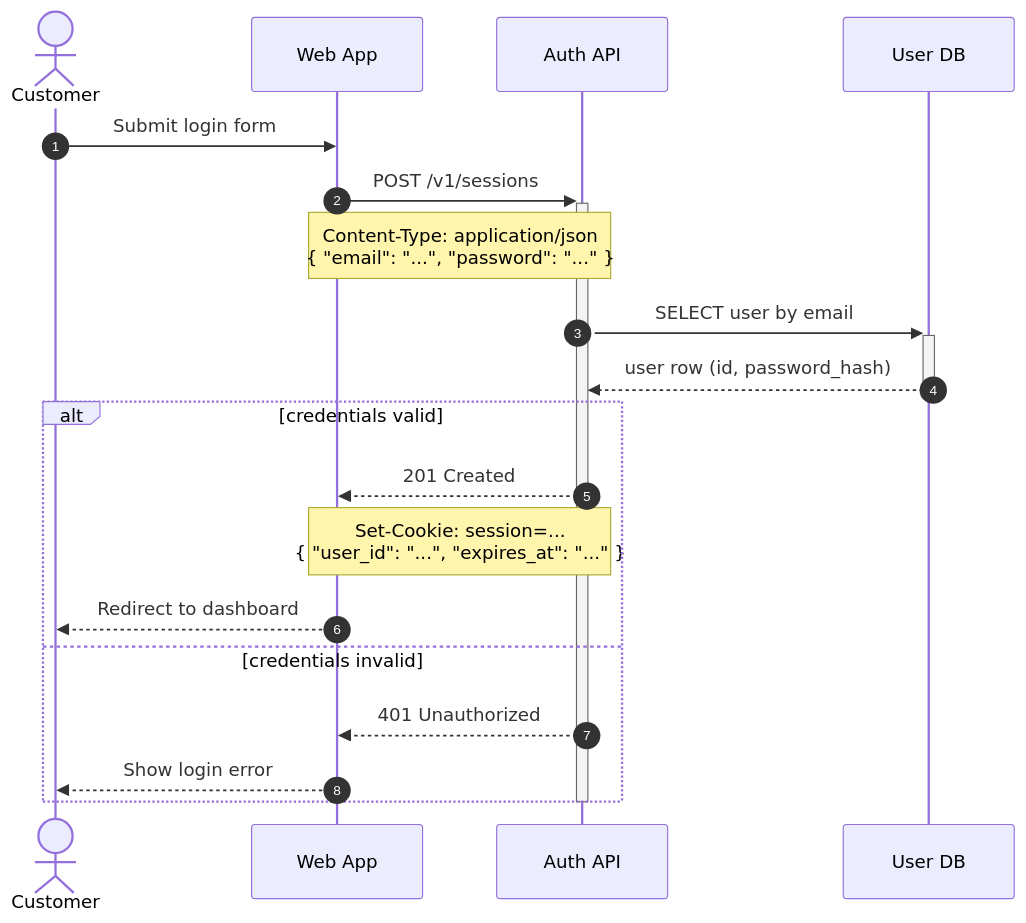
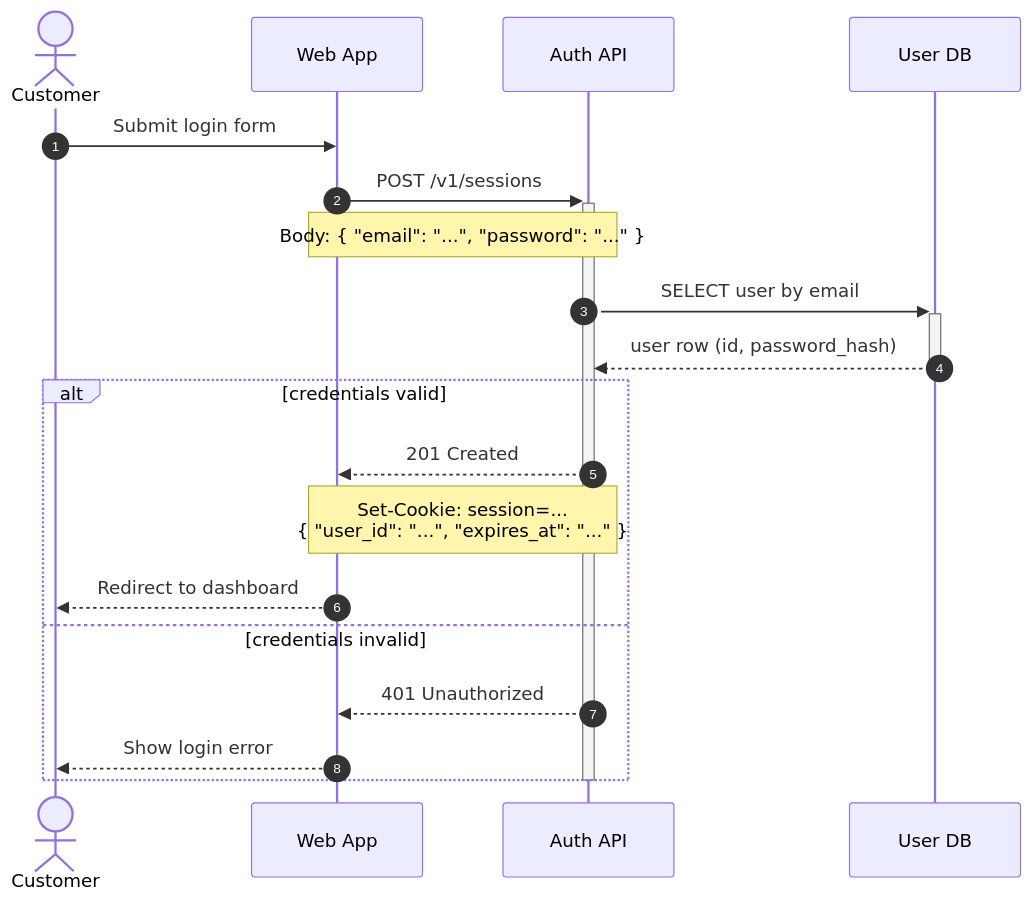
The diagram in mermaid-sequence/skills/mermaid-sequence/SKILL.md (cassiobotaro/skills), drawn with Mermaid before and after one commit. The commit also changed other lines of this file and 2 other files, not shown here.

First line of the commit message:
mermaid-sequence 1.1.3: mermaid.live is remote too; stop teaching Content-Type

````diff
--- a/mermaid-sequence/skills/mermaid-sequence/SKILL.md
+++ b/mermaid-sequence/skills/mermaid-sequence/SKILL.md
@@ -133,23 +133,23 @@
 ```mermaid
 sequenceDiagram
     autonumber
     actor U as Customer
     participant W as Web App
     participant A as Auth API
     participant D as User DB
 
     U->>W: Submit login form
     W->>+A: POST /v1/sessions
-    Note over W,A: Content-Type: application/json<br/>{ "email": "...", "password": "..." }
+    Note over W,A: Body: { "email": "...", "password": "..." }
     A->>+D: SELECT user by email
     D-->>-A: user row (id, password_hash)
     alt credentials valid
         A-->>W: 201 Created
         Note over W,A: Set-Cookie: session=...<br/>{ "user_id": "...", "expires_at": "..." }
         W-->>U: Redirect to dashboard
     else credentials invalid
         A-->>W: 401 Unauthorized
         W-->>U: Show login error
     end
     deactivate A
 ```
````
